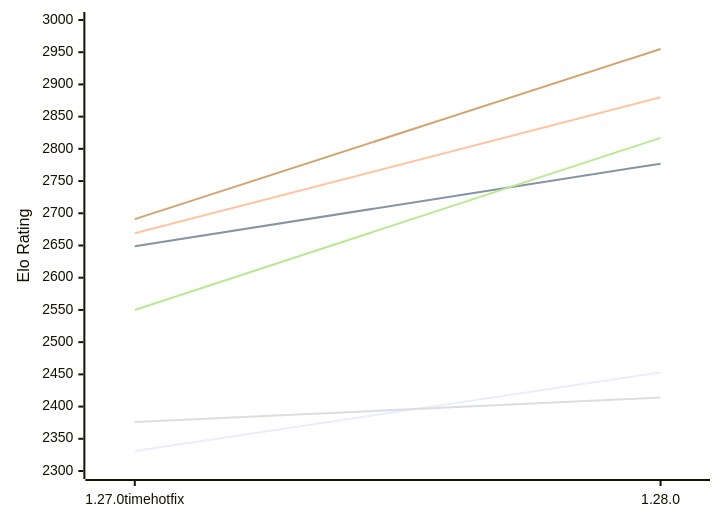
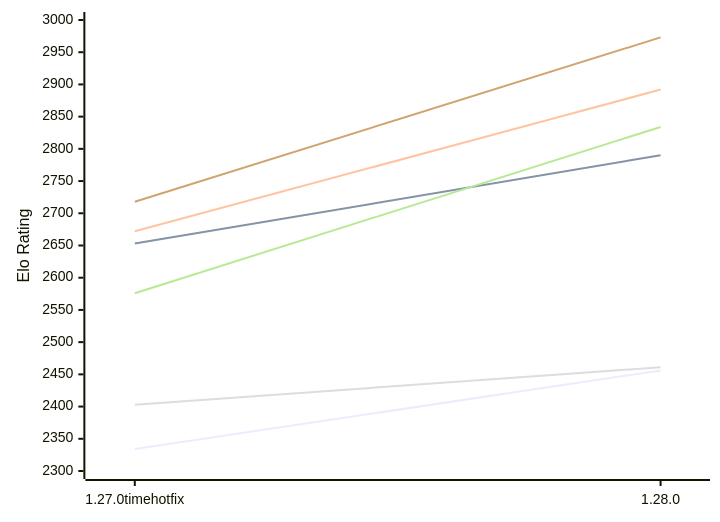
The first of 2 diagrams in engines/Aurora.md (computer-chess-index/cci), drawn with Mermaid before and after one commit. The commit also changed other lines of this file, not shown here.

Commit message:
Update CCI Ratings (ELO VLTC) - 2026-10-21

````diff
--- a/engines/Aurora.md
+++ b/engines/Aurora.md
@@ -50,12 +50,12 @@
 ```mermaid
 %%{init: {"theme":"base","themeVariables":{"seriesColors:['#a3a3a3','#222221','#faa371']}}}%%
 xychart-beta
   x-axis ["1.27.0timehotfix", "1.28.0"]
   y-axis "Elo Rating" 2300 --> 3000
-  line "E1: STC (8.0+0.08s)" [2331, 2453]
-  line "E1: LTC (60.0+0.60s)" [2649, 2777]
-  line "E1: VLTC (2m24s+1.12s)" [2669, 2880]
-  line "P1: STC (8.0+0.08s)" [2376, 2414]
-  line "P1: LTC (60.0+0.60s)" [2550, 2817]
-  line "P1: VLTC (2m24s+1.12s)" [2691, 2955]
+  line "E1: STC (8.0+0.08s)" [2334, 2456]
+  line "E1: LTC (60.0+0.60s)" [2653, 2790]
+  line "E1: VLTC (2m24s+1.12s)" [2672, 2892]
+  line "P1: STC (8.0+0.08s)" [2403, 2461]
+  line "P1: LTC (60.0+0.60s)" [2576, 2834]
+  line "P1: VLTC (2m24s+1.12s)" [2718, 2973]
 ```
````
